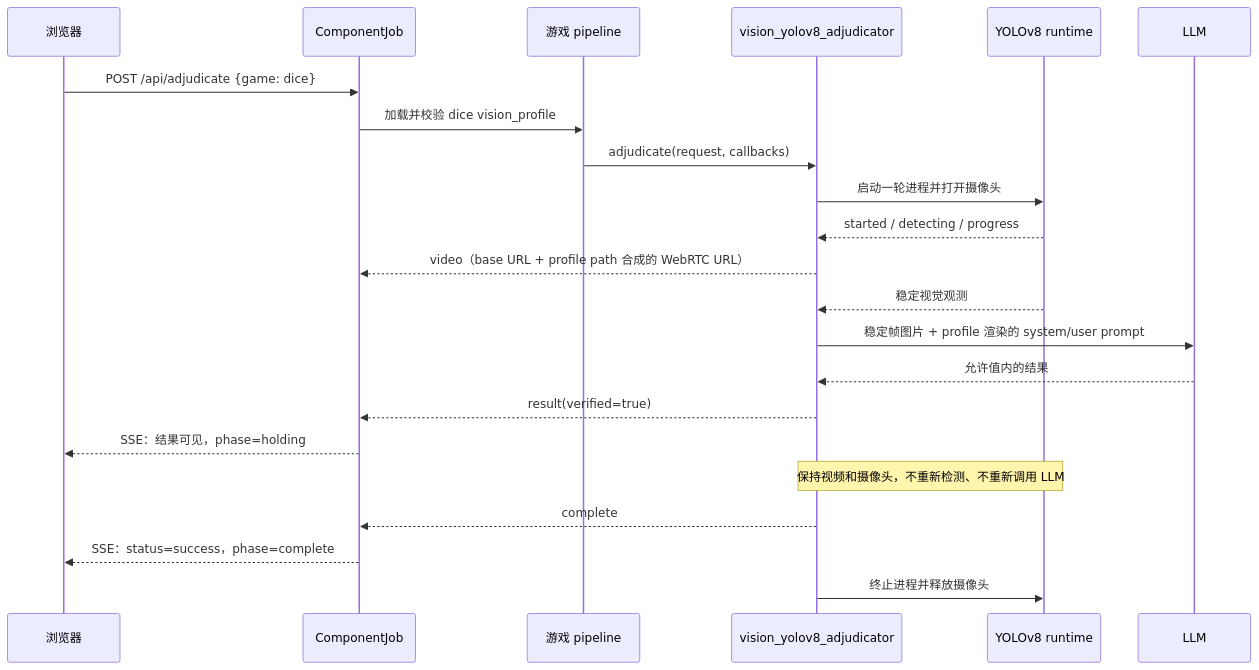
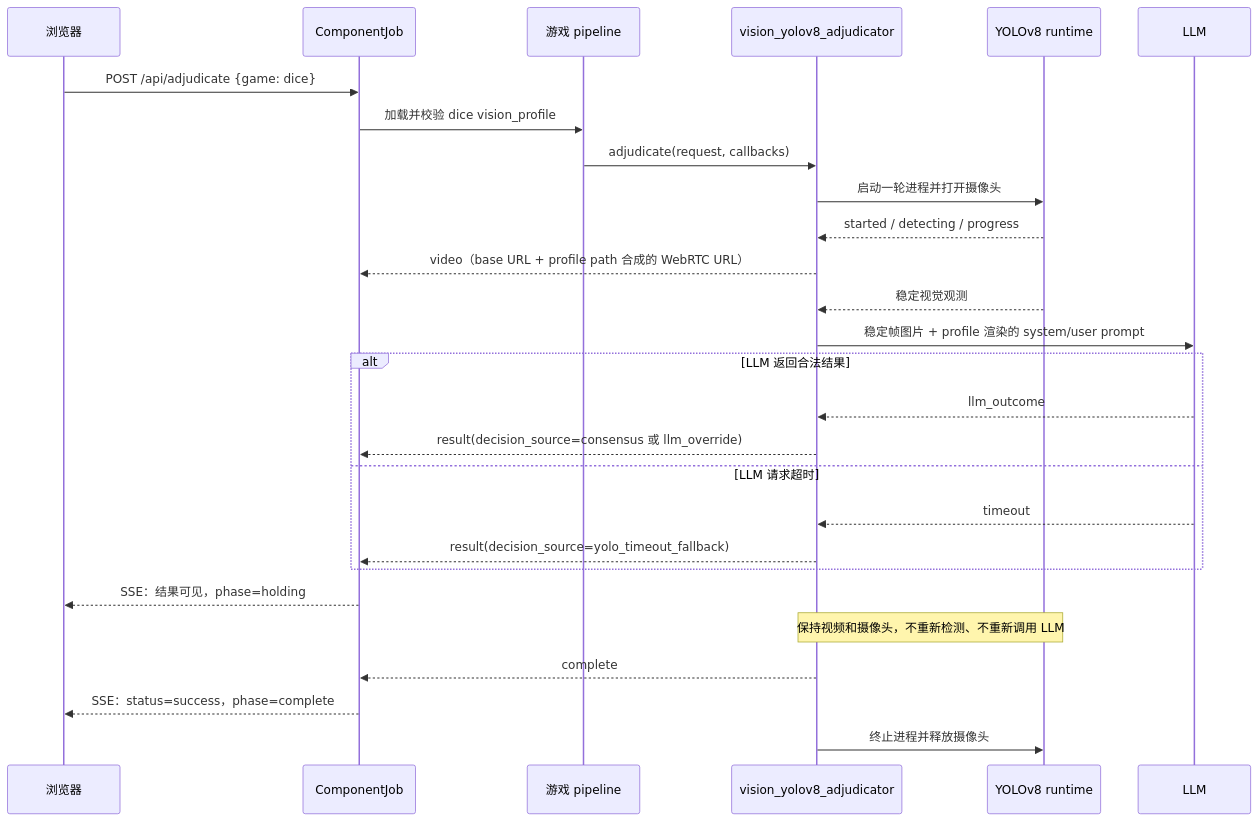
Before and after one commit to Fitz8863/spacemitk3-dice_demo: the diagram in docs/superpowers/specs/2026-08-29-vision-yolov8-adjudicator-design.md, drawn with Mermaid. The commit also changed other lines of this file, not shown here.

Commit message:
docs: define yolo llm verdict precedence

````diff
--- a/docs/superpowers/specs/2026-08-29-vision-yolov8-adjudicator-design.md
+++ b/docs/superpowers/specs/2026-08-29-vision-yolov8-adjudicator-design.md
@@ -287,25 +297,30 @@
 ```mermaid
 sequenceDiagram
     participant Web as 浏览器
     participant Job as ComponentJob
     participant Pipe as 游戏 pipeline
     participant V as vision_yolov8_adjudicator
     participant C as YOLOv8 runtime
     participant L as LLM
 
     Web->>Job: POST /api/adjudicate {game: dice}
     Job->>Pipe: 加载并校验 dice vision_profile
     Pipe->>V: adjudicate(request, callbacks)
     V->>C: 启动一轮进程并打开摄像头
     C-->>V: started / detecting / progress
     V-->>Job: video（base URL + profile path 合成的 WebRTC URL）
     C-->>V: 稳定视觉观测
     V->>L: 稳定帧图片 + profile 渲染的 system/user prompt
-    L-->>V: 允许值内的结果
-    V-->>Job: result(verified=true)
+    alt LLM 返回合法结果
+        L-->>V: llm_outcome
+        V-->>Job: result(decision_source=consensus 或 llm_override)
+    else LLM 请求超时
+        L-->>V: timeout
+        V-->>Job: result(decision_source=yolo_timeout_fallback)
+    end
     Job-->>Web: SSE：结果可见，phase=holding
     Note over V,C: 保持视频和摄像头，不重新检测、不重新调用 LLM
     V-->>Job: complete
     Job-->>Web: SSE：status=success，phase=complete
     V->>C: 终止进程并释放摄像头
 ```
````
